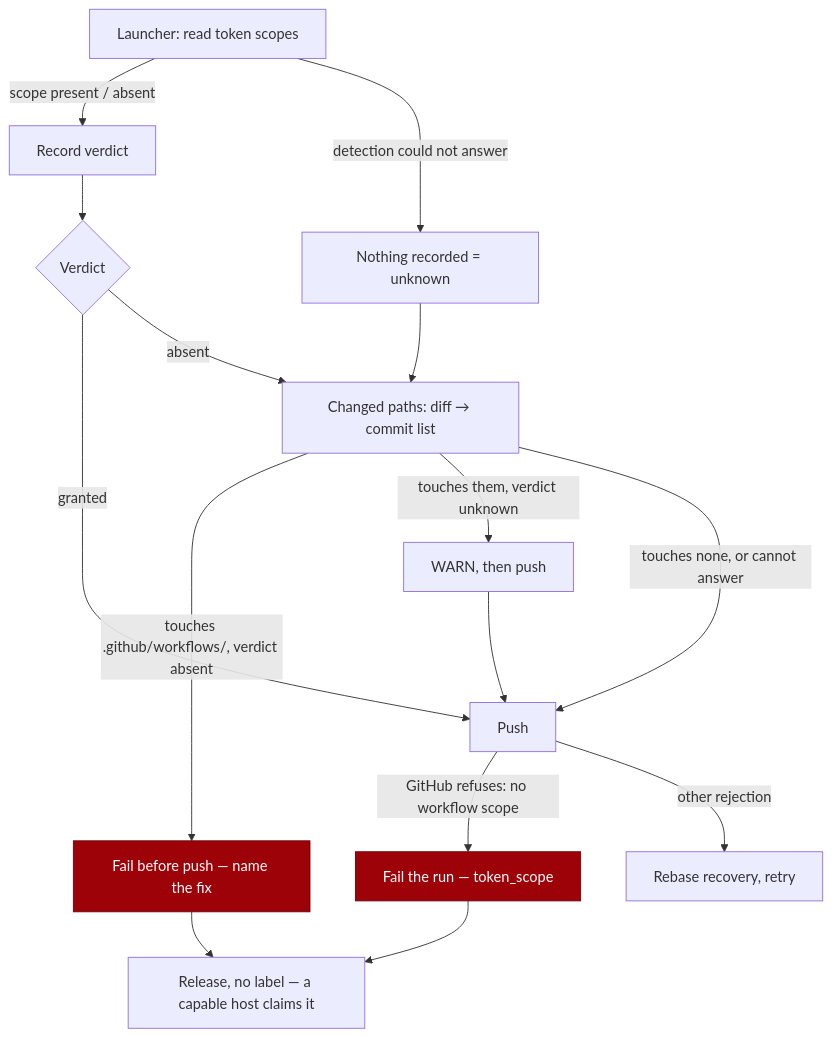
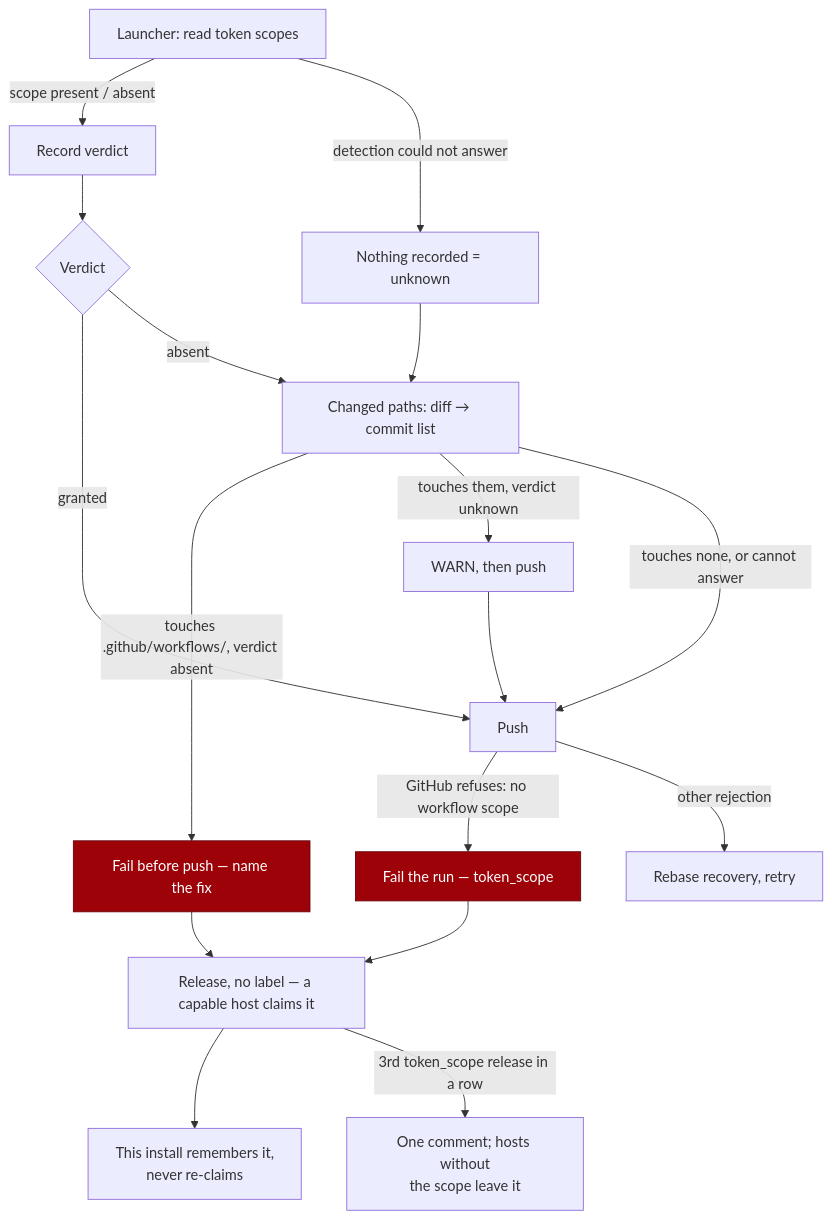
One commit to stSoftwareAU/VibeCoder changed the second of 2 diagrams in docs/SETUP.md. Above: the diagram before and after it, drawn with Mermaid. The commit also changed other lines of this file and 10 other files, not shown here.

````diff
--- a/docs/SETUP.md
+++ b/docs/SETUP.md
@@ -1520,18 +1536,20 @@
 ```mermaid
 flowchart TD
     S["Launcher: read token scopes"] -->|scope present / absent| R["Record verdict"]
     S -->|detection could not answer| U["Nothing recorded = unknown"]
     R --> C{"Verdict"}
     U --> D
     C -->|granted| P["Push"]
     C -->|absent| D["Changed paths: diff → commit list"]
     D -->|touches .github/workflows/, verdict absent| F["Fail before push — name the fix"]
     D -->|touches them, verdict unknown| WARN["WARN, then push"] --> P
     D -->|touches none, or cannot answer| P
     P -->|GitHub refuses: no workflow scope| F2["Fail the run — token_scope"]
     F --> REL["Release, no label — a capable host claims it"]
     F2 --> REL
+    REL --> MEM["This install remembers it,<br/>never re-claims"]
+    REL -->|3rd token_scope release in a row| PARK["One comment; hosts without<br/>the scope leave it"]
     P -->|other rejection| RC["Rebase recovery, retry"]
     style F fill:#9d0208,stroke:#6a040f,color:#fff
     style F2 fill:#9d0208,stroke:#6a040f,color:#fff
 ```
````
